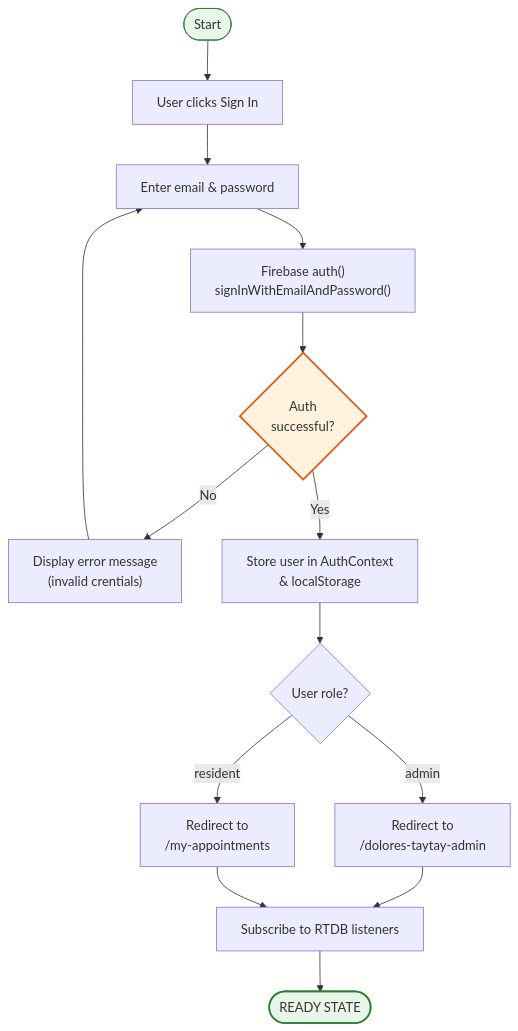
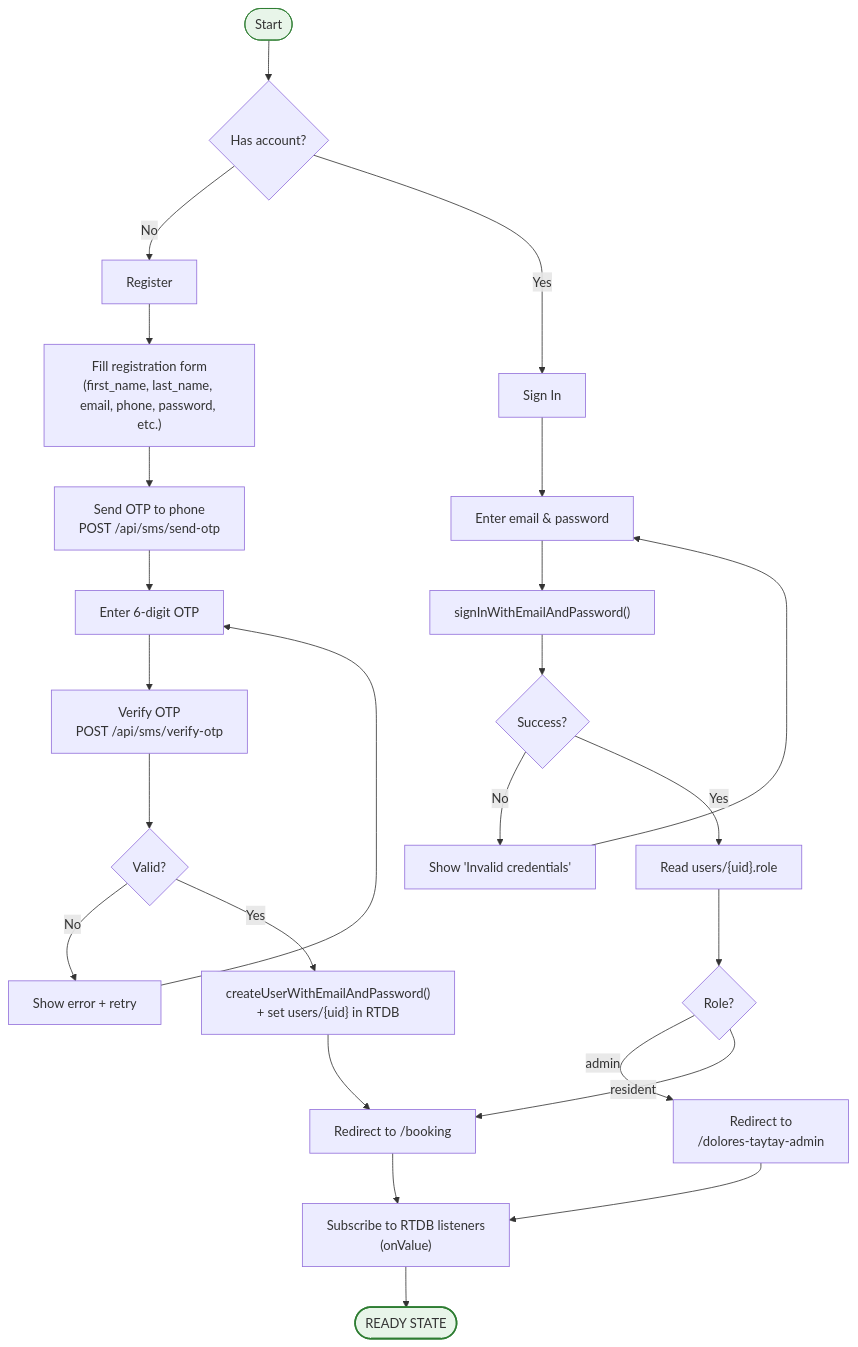
The ninth of 12 diagrams in docs/flow-diagrams.md (qppd/smart-appointment-scheduling-kiosk), drawn with Mermaid before and after one commit. The commit also changed other lines of this file and 62 other files, not shown here.

````diff
--- a/docs/flow-diagrams.md
+++ b/docs/flow-diagrams.md
@@ -262,20 +337,38 @@
 ```mermaid
 flowchart TD
-    START(["Start"]) --> CLICK["User clicks Sign In"]
-    CLICK --> CRED["Enter email & password"]
-    CRED --> AUTH["Firebase auth()\nsignInWithEmailAndPassword()"]
-    AUTH --> OK{"Auth\nsuccessful?"}
-    OK -->|No| ERR["Display error message\n(invalid crentials)"]
-    ERR --> CRED
-    OK -->|Yes| STORE["Store user in AuthContext\n& localStorage"]
-    STORE --> ROLE{"User role?"}
-    ROLE -->|admin| ADMIN["Redirect to\n/dolores-taytay-admin"]
-    ROLE -->|resident| USER["Redirect to\n/my-appointments"]
-    ADMIN --> SUB["Subscribe to RTDB listeners"]
-    USER --> SUB
+    START(["Start"]) --> CHOOSE{"Has account?"}
+    CHOOSE -->|No| REG["Register"]
+    CHOOSE -->|Yes| LOGIN["Sign In"]
+
+    REG --> REG_FORM["Fill registration form
+(first_name, last_name, email, phone, password, etc.)"]
+    REG_FORM --> SEND_OTP["Send OTP to phone
+POST /api/sms/send-otp"]
+    SEND_OTP --> OTP_STEP["Enter 6-digit OTP"]
+    OTP_STEP --> VERIFY_OTP["Verify OTP
+POST /api/sms/verify-otp"]
+    VERIFY_OTP --> OTP_OK{"Valid?"}
+    OTP_OK -->|No| OTP_ERR["Show error + retry"]
+    OTP_ERR --> OTP_STEP
+    OTP_OK -->|Yes| CREATE_ACCT["createUserWithEmailAndPassword()
++ set users/{uid} in RTDB"]
+    CREATE_ACCT --> REDIRECT_USER["Redirect to /booking"]
+
+    LOGIN --> CRED["Enter email & password"]
+    CRED --> AUTH["signInWithEmailAndPassword()"]
+    AUTH --> AUTH_OK{"Success?"}
+    AUTH_OK -->|No| AUTH_ERR["Show 'Invalid credentials'"]
+    AUTH_ERR --> CRED
+    AUTH_OK -->|Yes| CHECK_ROLE["Read users/{uid}.role"]
+    CHECK_ROLE --> ROLE{"Role?"}
+    ROLE -->|admin| REDIRECT_ADMIN["Redirect to
+/dolores-taytay-admin"]
+    ROLE -->|resident| REDIRECT_USER
+    REDIRECT_ADMIN --> SUB["Subscribe to RTDB listeners
+(onValue)"]
+    REDIRECT_USER --> SUB
     SUB --> READY(["READY STATE"])
 
     style START fill:#e8f5e9,stroke:#2e7d32
     style READY fill:#e8f5e9,stroke:#2e7d32,stroke-width:2px
-    style OK fill:#fff3e0,stroke:#e65100,stroke-width:2px
 ```
````
